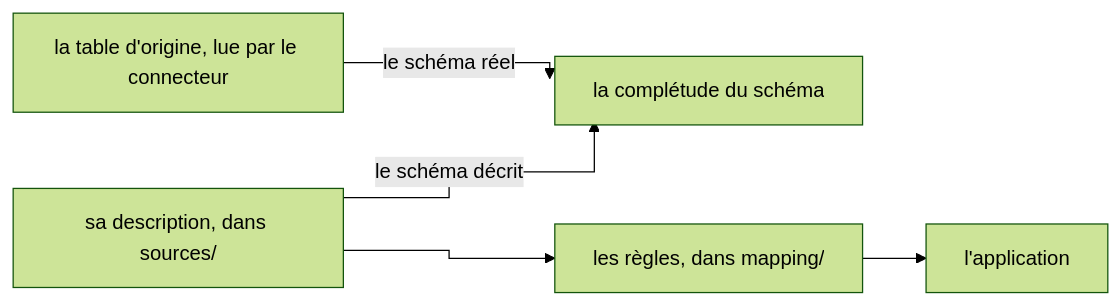
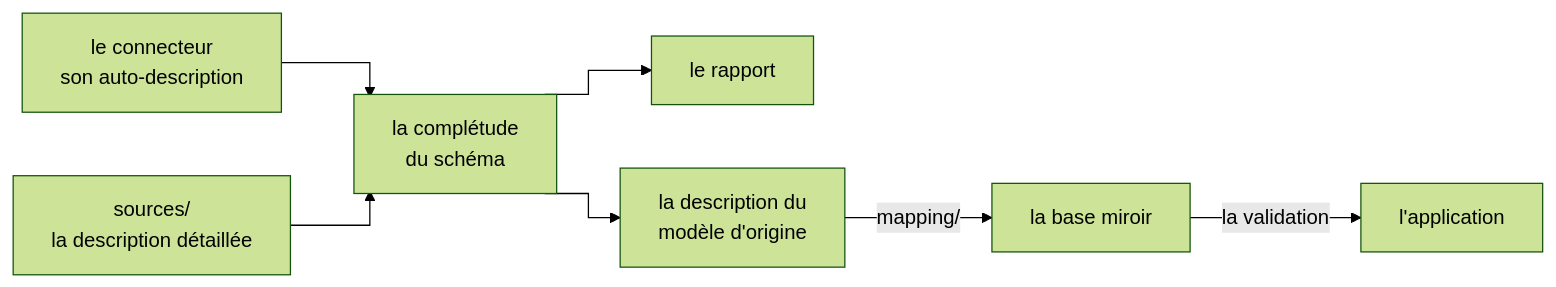
The diagram in docs/syncytium/08-migration/03-sources.md (AymericLesert/Syncytium), drawn with Mermaid (forest theme) before and after one commit. The commit also changed other lines of this file and 2 other files, not shown here.

Commit message:
D2060 — le chapitre 8, 03-sources.md : le schéma des deux maisons refait ; la complétude du schéma précède les règles, la base miroir puis l'application

````diff
--- a/docs/syncytium/08-migration/03-sources.md
+++ b/docs/syncytium/08-migration/03-sources.md
@@ -57,13 +68,17 @@
 ```mermaid
 %%{init: {"flowchart": {"curve": "stepAfter"}}}%%
 flowchart LR
-    T["la table d'origine, lue par le connecteur"]
-    D["sa description, dans sources/"]
-    C["la complétude du schéma"]
-    R["les règles, dans mapping/"]
+    K["le connecteur<br/>son auto-description"]
+    D["sources/<br/>la description détaillée"]
+    C["la complétude<br/>du schéma"]
+    P["le rapport"]
+    O["la description du<br/>modèle d'origine"]
+    B["la base miroir"]
     A["l'application"]
-    T -- "le schéma réel" --> C
-    D -- "le schéma décrit" --> C
-    D --> R
-    R --> A
+    K --> C
+    D --> C
+    C --> P
+    C --> O
+    O -- "mapping/" --> B
+    B -- "la validation" --> A
 ```
````
